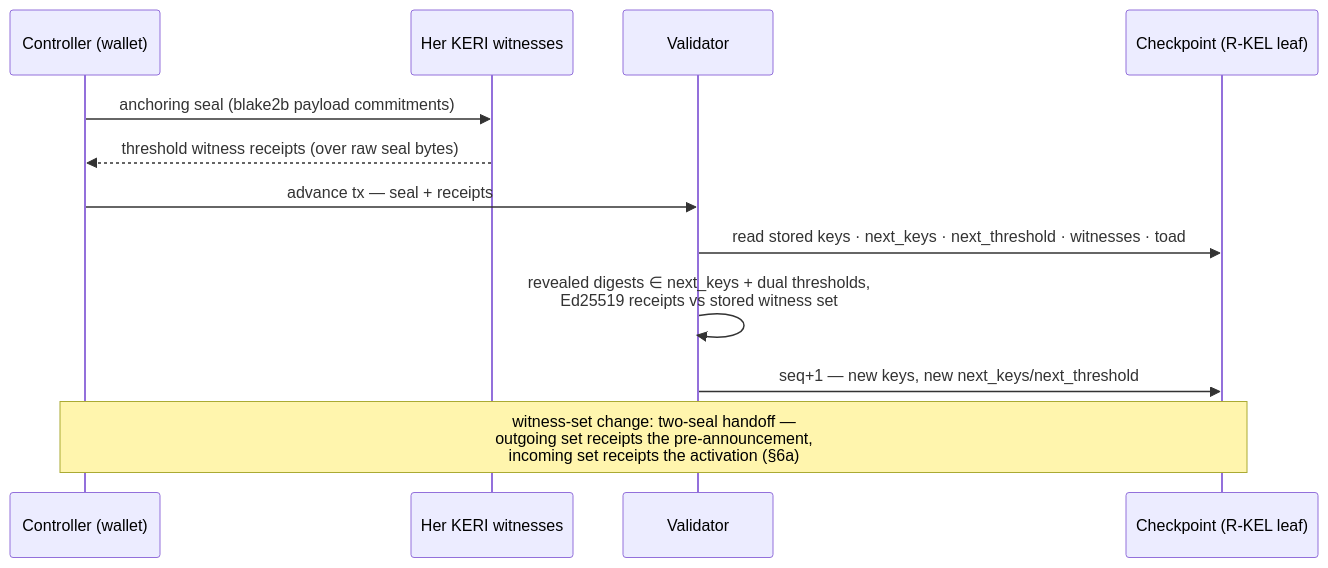
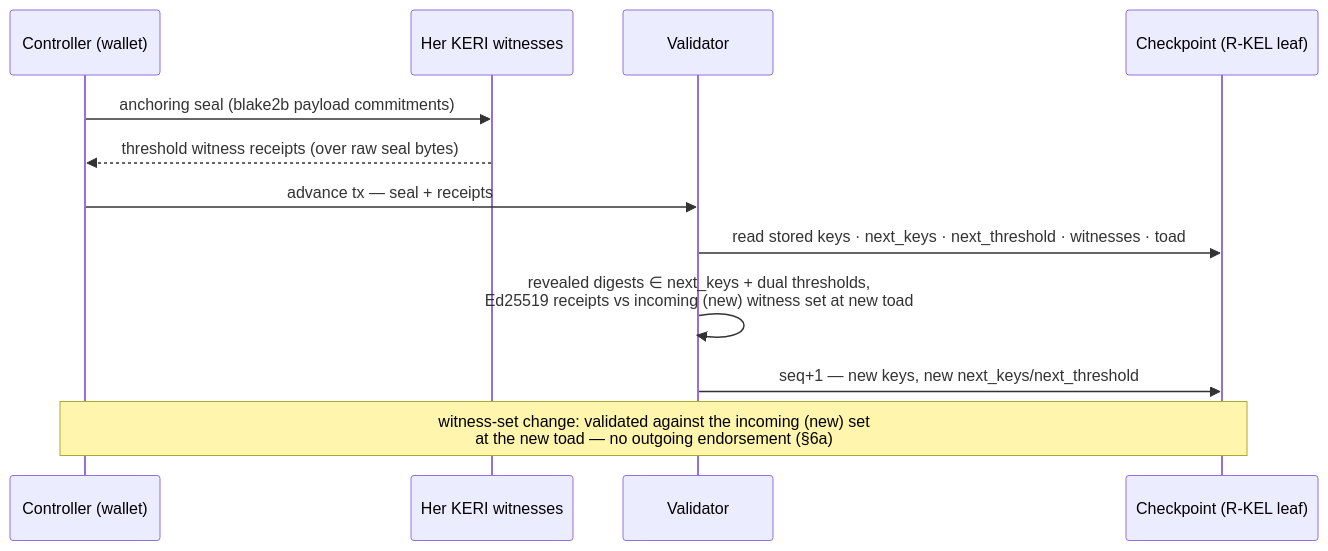
One commit to lambdasistemi/cardano-keri changed the fifth of 7 diagrams in docs/architecture/system.md. Above: the diagram before and after it, drawn with Mermaid. The commit also changed other lines of this file and 7 other files, not shown here.

First line of the commit message:
docs: correct witness-rotation model — incoming-set validation, drop two-seal handoff

````diff
--- a/docs/architecture/system.md
+++ b/docs/architecture/system.md
@@ -152,14 +152,14 @@
 ```mermaid
 sequenceDiagram
     participant CT as Controller (wallet)
     participant KW as Her KERI witnesses
     participant V as Validator
     participant CK as Checkpoint (R-KEL leaf)
     CT->>KW: anchoring seal (blake2b payload commitments)
     KW-->>CT: threshold witness receipts (over raw seal bytes)
     CT->>V: advance tx — seal + receipts
     V->>CK: read stored keys · next_keys · next_threshold · witnesses · toad
-    V->>V: revealed digests ∈ next_keys + dual thresholds,<br/>Ed25519 receipts vs stored witness set
+    V->>V: revealed digests ∈ next_keys + dual thresholds,<br/>Ed25519 receipts vs incoming (new) witness set at new toad
     V->>CK: seq+1 — new keys, new next_keys/next_threshold
-    Note over CT,CK: witness-set change: two-seal handoff —<br/>outgoing set receipts the pre-announcement,<br/>incoming set receipts the activation (§6a)
+    Note over CT,CK: witness-set change: validated against the incoming (new) set<br/>at the new toad — no outgoing endorsement (§6a)
 ```
````
